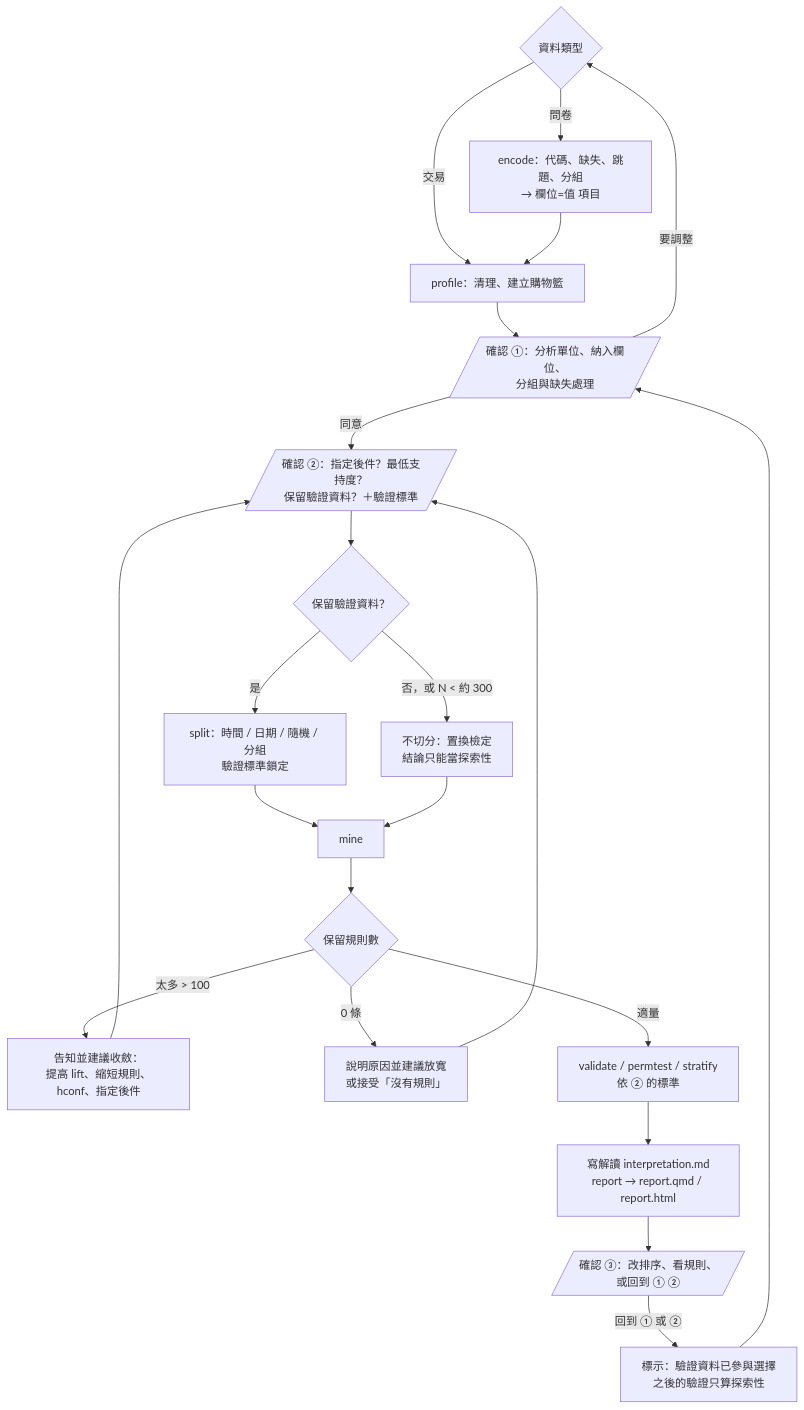
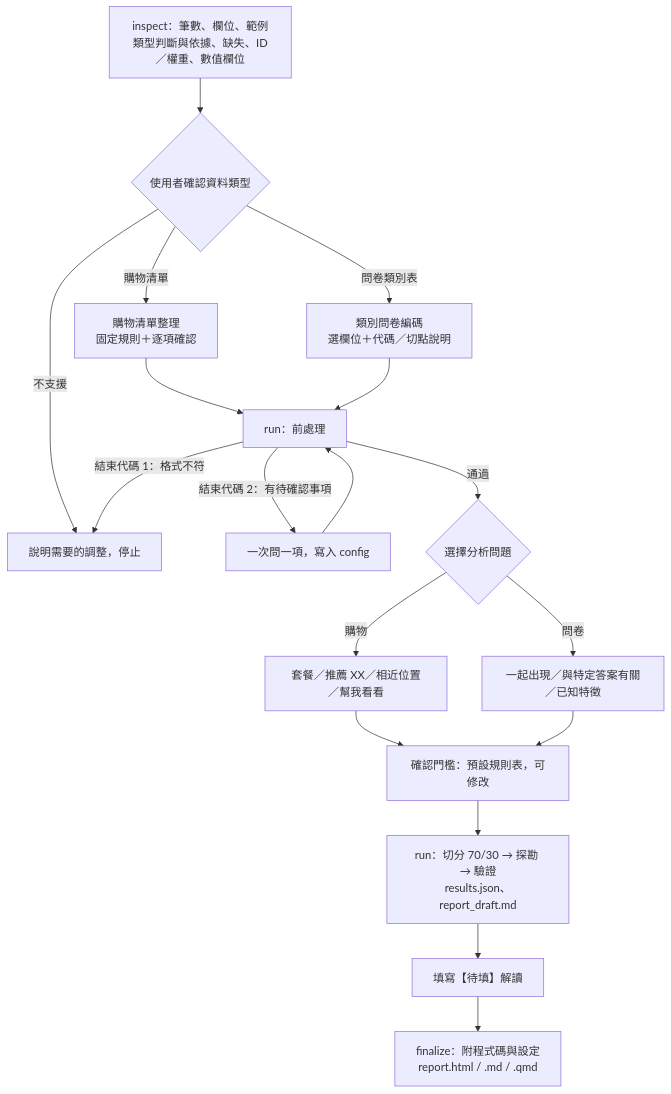
One commit to baymax6716/association-rules-skill changed the diagram in references/decision-tree.md. Above: the diagram before and after it, drawn with Mermaid. The commit also changed other lines of this file and 11 other files, not shown here.

````diff
--- a/references/decision-tree.md
+++ b/references/decision-tree.md
@@ -6,21 +8,18 @@
 ```mermaid
 flowchart TD
-    D{資料類型} -- 交易 --> P1[profile：清理、建立購物籃]
-    D -- 問卷 --> E1[encode：代碼、缺失、跳題、分組<br/>→ 欄位=值 項目]
-    E1 --> P1
-    P1 --> C1[/確認 ①：分析單位、納入欄位、<br/>分組與缺失處理/]
-    C1 -- 要調整 --> D
-    C1 -- 同意 --> C2[/確認 ②：指定後件？最低支持度？<br/>保留驗證資料？＋驗證標準/]
-    C2 --> Q2{保留驗證資料？}
-    Q2 -- 是 --> SP[split：時間 / 日期 / 隨機 / 分組<br/>驗證標準鎖定]
-    Q2 -- 否，或 N < 約 300 --> NP[不切分：置換檢定<br/>結論只能當探索性]
-    SP --> M[mine]
-    NP --> M
-    M --> Q5{保留規則數}
-    Q5 -- 太多 > 100 --> T1[告知並建議收斂：<br/>提高 lift、縮短規則、hconf、指定後件] --> C2
-    Q5 -- 0 條 --> T2[說明原因並建議放寬<br/>或接受「沒有規則」] --> C2
-    Q5 -- 適量 --> V[validate / permtest / stratify<br/>依 ② 的標準]
-    V --> R[寫解讀 interpretation.md<br/>report → report.qmd / report.html]
-    R --> C3[/確認 ③：改排序、看規則、<br/>或回到 ① ②/]
-    C3 -- 回到 ① 或 ② --> W[標示：驗證資料已參與選擇<br/>之後的驗證只算探索性] --> C1
+    A[inspect：筆數、欄位、範例<br/>類型判斷與依據、缺失、ID／權重、數值欄位] --> B{使用者確認資料類型}
+    B -- 購物清單 --> S[購物清單整理<br/>固定規則＋逐項確認]
+    B -- 問卷類別表 --> Q[類別問卷編碼<br/>選欄位＋代碼／切點說明]
+    B -- 不支援 --> X[說明需要的調整，停止]
+    S --> R0[run：前處理]
+    Q --> R0
+    R0 -- 結束代碼 2：有待確認事項 --> C[一次問一項，寫入 config] --> R0
+    R0 -- 結束代碼 1：格式不符 --> X
+    R0 -- 通過 --> M{選擇分析問題}
+    M -- 購物 --> M1[套餐／推薦 XX／相近位置／幫我看看]
+    M -- 問卷 --> M2[一起出現／與特定答案有關／已知特徵]
+    M1 --> P[確認門檻：預設規則表，可修改]
+    M2 --> P
+    P --> RUN[run：切分 70/30 → 探勘 → 驗證<br/>results.json、report_draft.md]
+    RUN --> W[填寫【待填】解讀] --> F[finalize：附程式碼與設定<br/>report.html / .md / .qmd]
 ```
````
